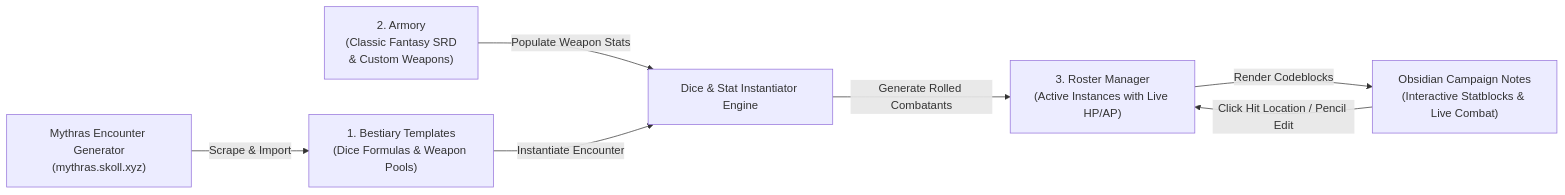
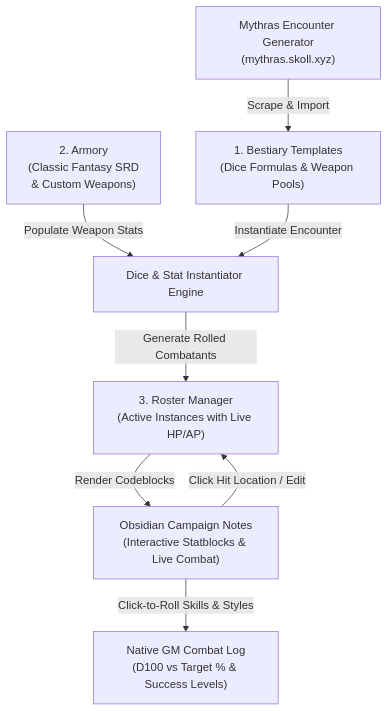
The diagram in README.md (Dakkon77Blackblade/mythras-encounter-plugin), drawn with Mermaid before and after one commit. The commit also changed other lines of this file and 1 other file, not shown here.

Commit message:
docs: Update README and CHANGELOG for GM Combat Log and Click-to-Roll (#27)

````diff
--- a/README.md
+++ b/README.md
@@ -41,9 +43,10 @@
 ```mermaid
-flowchart LR
+flowchart TD
     Web["Mythras Encounter Generator\n(mythras.skoll.xyz)"] -->|Scrape & Import| Bestiary["1. Bestiary Templates\n(Dice Formulas & Weapon Pools)"]
     Armory["2. Armory\n(Classic Fantasy SRD\n& Custom Weapons)"] -->|Populate Weapon Stats| Instantiator["Dice & Stat Instantiator Engine"]
     Bestiary -->|Instantiate Encounter| Instantiator
     Instantiator -->|Generate Rolled Combatants| Roster["3. Roster Manager\n(Active Instances with Live HP/AP)"]
     Roster -->|Render Codeblocks| Notes["Obsidian Campaign Notes\n(Interactive Statblocks & Live Combat)"]
-    Notes -->|Click Hit Location / Pencil Edit| Roster
+    Notes -->|Click Hit Location / Edit| Roster
+    Notes -->|Click-to-Roll Skills & Styles| CombatLog["Native GM Combat Log\n(D100 vs Target % & Success Levels)"]
 ```
````
